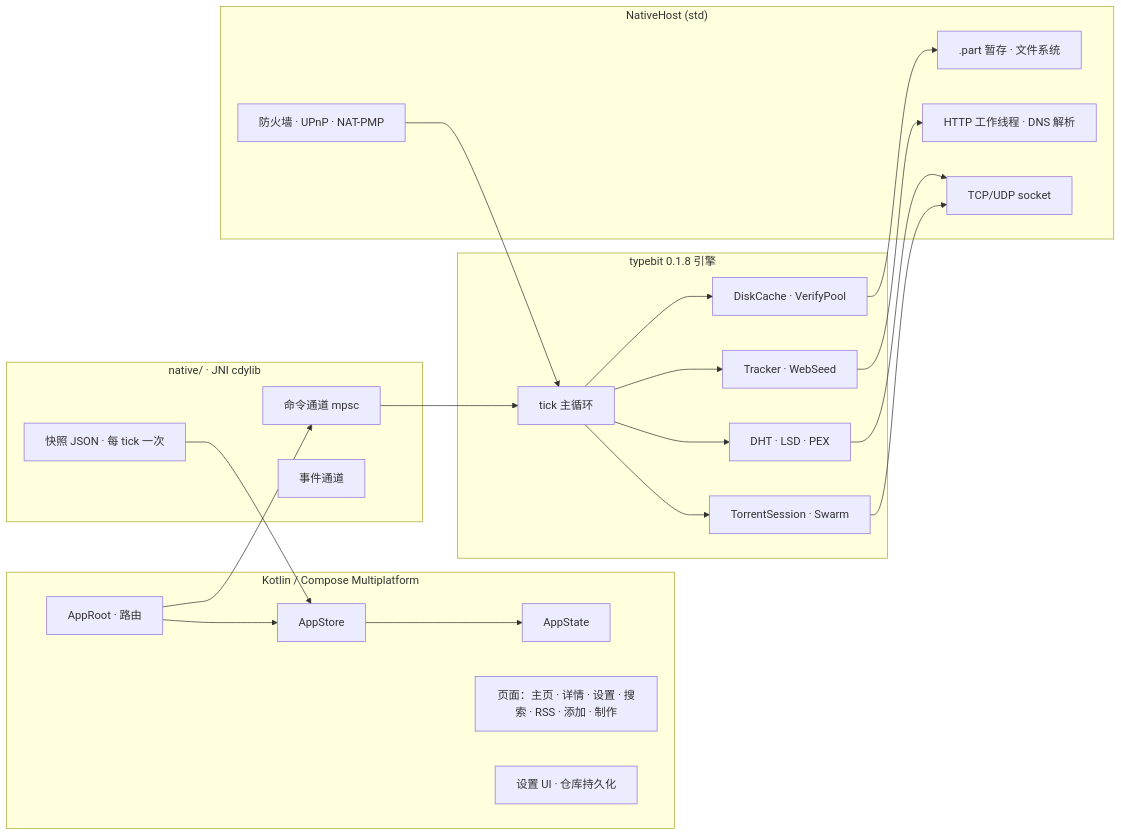
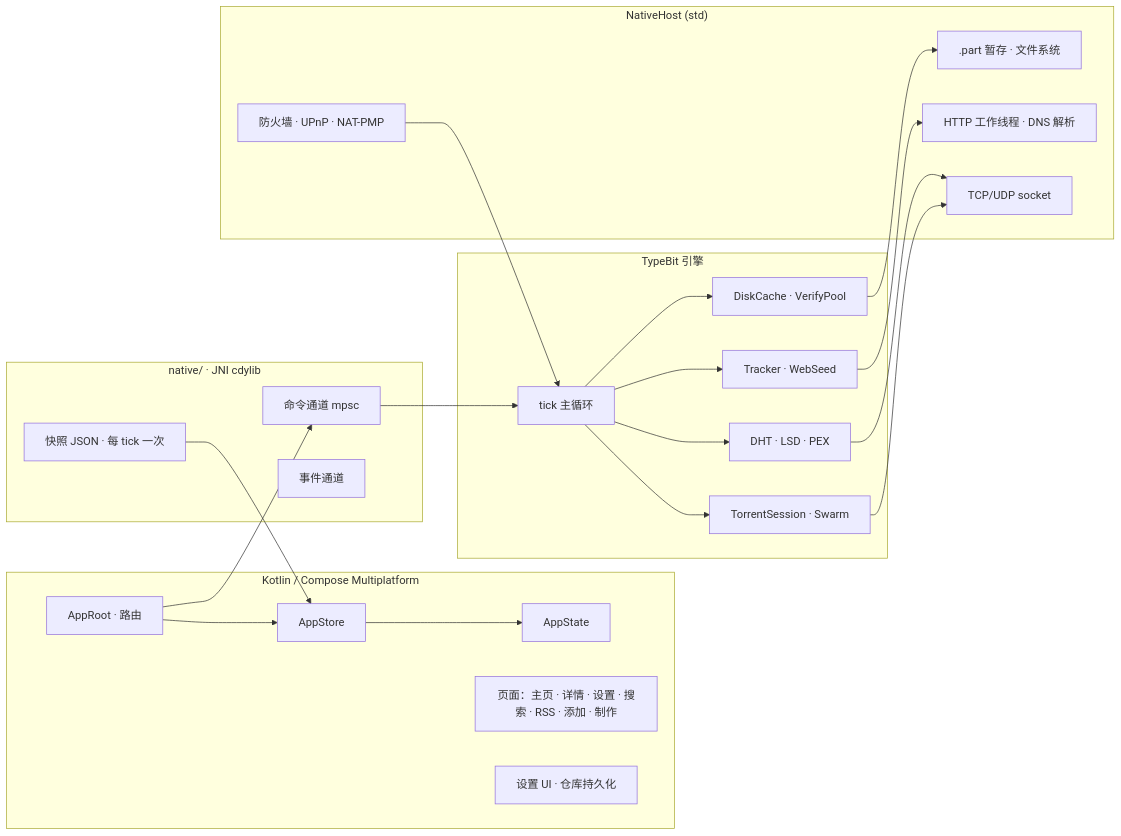
Before and after one commit to blueokanna/TypeBitTorrent: the first of 7 diagrams in README.zh-CN.md, drawn with Mermaid. The commit also changed other lines of this file and 54 other files, not shown here.

````diff
--- a/README.zh-CN.md
+++ b/README.zh-CN.md
@@ -7,30 +7,30 @@
 ```mermaid
 flowchart LR
     subgraph UI["Kotlin / Compose Multiplatform"]
         A[AppRoot · 路由] --> B[AppStore]
         B --> C[AppState]
         D[页面：主页 · 详情 · 设置 · 搜索 · RSS · 添加 · 制作]
         E[设置 UI · 仓库持久化]
     end
     subgraph BRIDGE["native/ · JNI cdylib"]
         G[命令通道 mpsc]
         H[事件通道]
         I[快照 JSON · 每 tick 一次]
     end
-    subgraph ENGINE["typebit 0.1.8 引擎"]
+    subgraph ENGINE["TypeBit 引擎"]
         J[tick 主循环]
         K[TorrentSession · Swarm]
         L[DHT · LSD · PEX]
         M[Tracker · WebSeed]
         N[DiskCache · VerifyPool]
     end
     subgraph HOST["NativeHost (std)"]
         O[TCP/UDP socket]
         P[.part 暂存 · 文件系统]
         Q[HTTP 工作线程 · DNS 解析]
         R[防火墙 · UPnP · NAT-PMP]
     end
     A --> G; I --> B
     G --> J; J --> K; J --> L; J --> M; J --> N
     K --> O; N --> P; M --> Q; L --> O; R --> J
 ```
````
